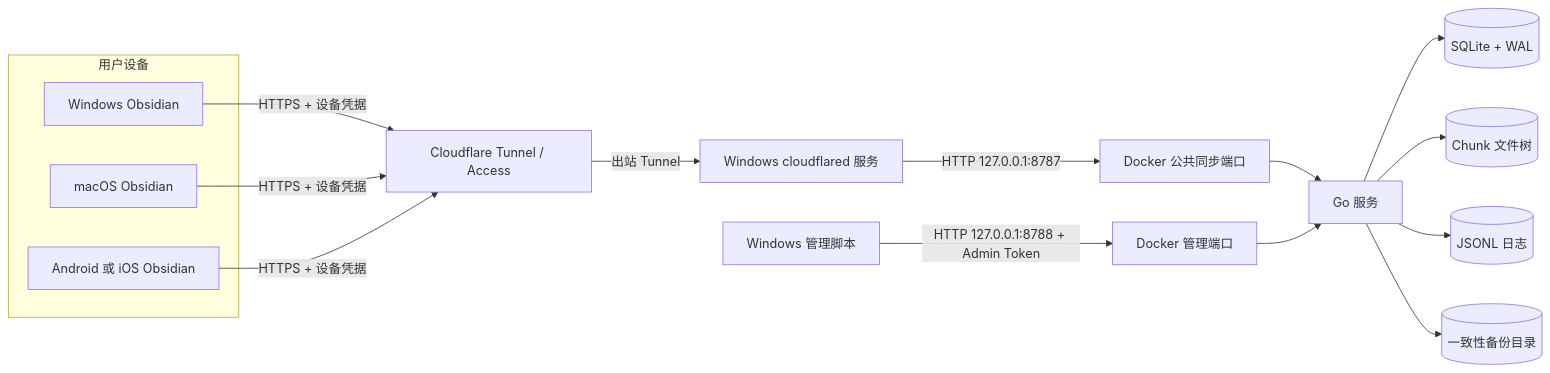
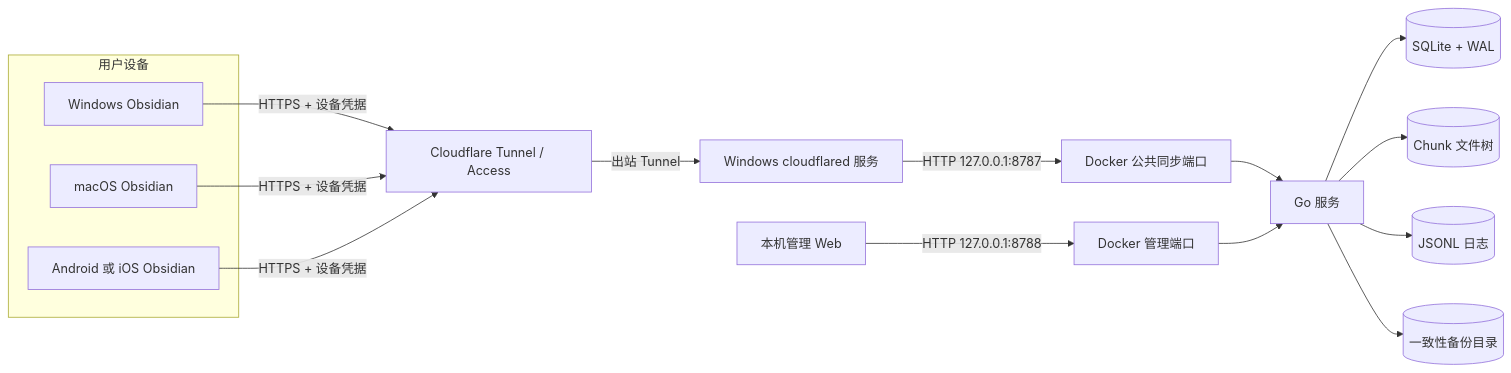
Before and after one commit to qoxop/obsidian-sync-tunnel: the first of 9 diagrams in docs/ARCHITECTURE.md, drawn with Mermaid. The commit also changed other lines of this file and 69 other files, not shown here.

````diff
--- a/docs/ARCHITECTURE.md
+++ b/docs/ARCHITECTURE.md
@@ -45,23 +45,23 @@
 ```mermaid
 flowchart LR
     subgraph Devices[用户设备]
         W[Windows Obsidian]
         M[macOS Obsidian]
         P[Android 或 iOS Obsidian]
     end
 
     W -->|HTTPS + 设备凭据| CF[Cloudflare Tunnel / Access]
     M -->|HTTPS + 设备凭据| CF
     P -->|HTTPS + 设备凭据| CF
 
     CF -->|出站 Tunnel| CFD[Windows cloudflared 服务]
     CFD -->|HTTP 127.0.0.1:8787| PUB[Docker 公共同步端口]
 
-    ADMIN[Windows 管理脚本] -->|HTTP 127.0.0.1:8788 + Admin Token| ADM[Docker 管理端口]
+	ADMIN[本机管理 Web] -->|HTTP 127.0.0.1:8788| ADM[Docker 管理端口]
     PUB --> SERVER[Go 服务]
     ADM --> SERVER
     SERVER --> DB[(SQLite + WAL)]
     SERVER --> CHUNKS[(Chunk 文件树)]
     SERVER --> LOGS[(JSONL 日志)]
     SERVER --> BACKUPS[(一致性备份目录)]
 ```
````
